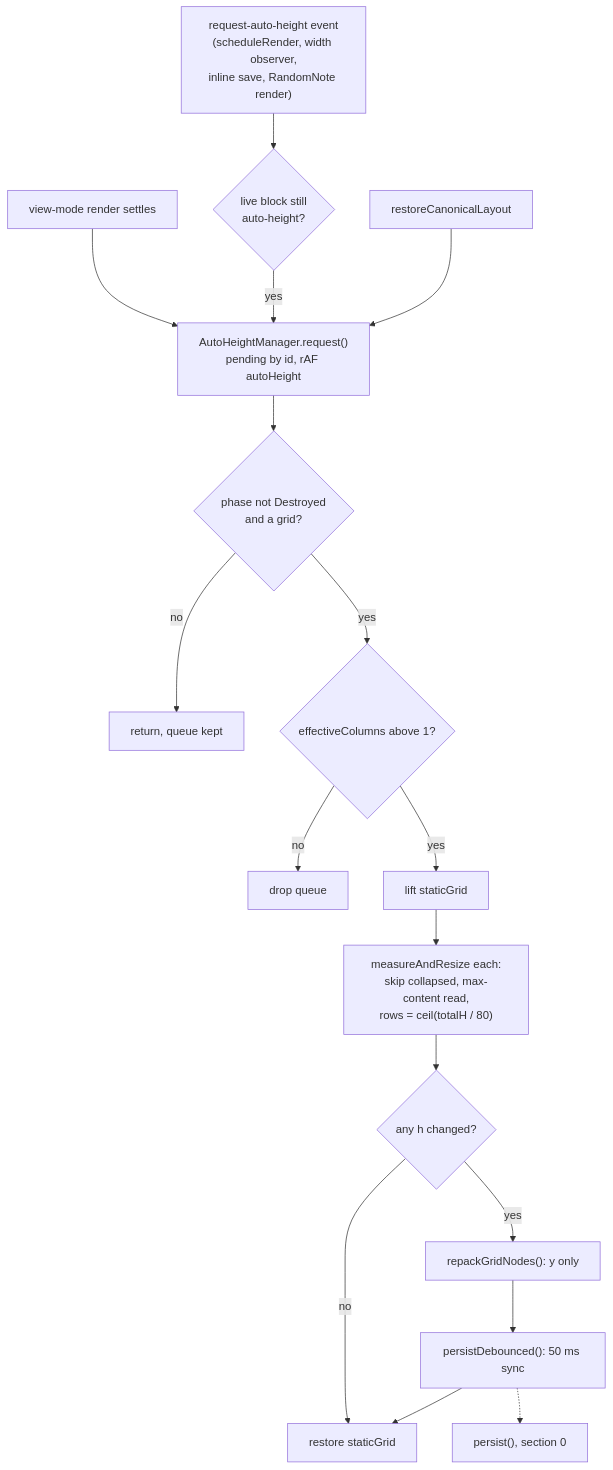
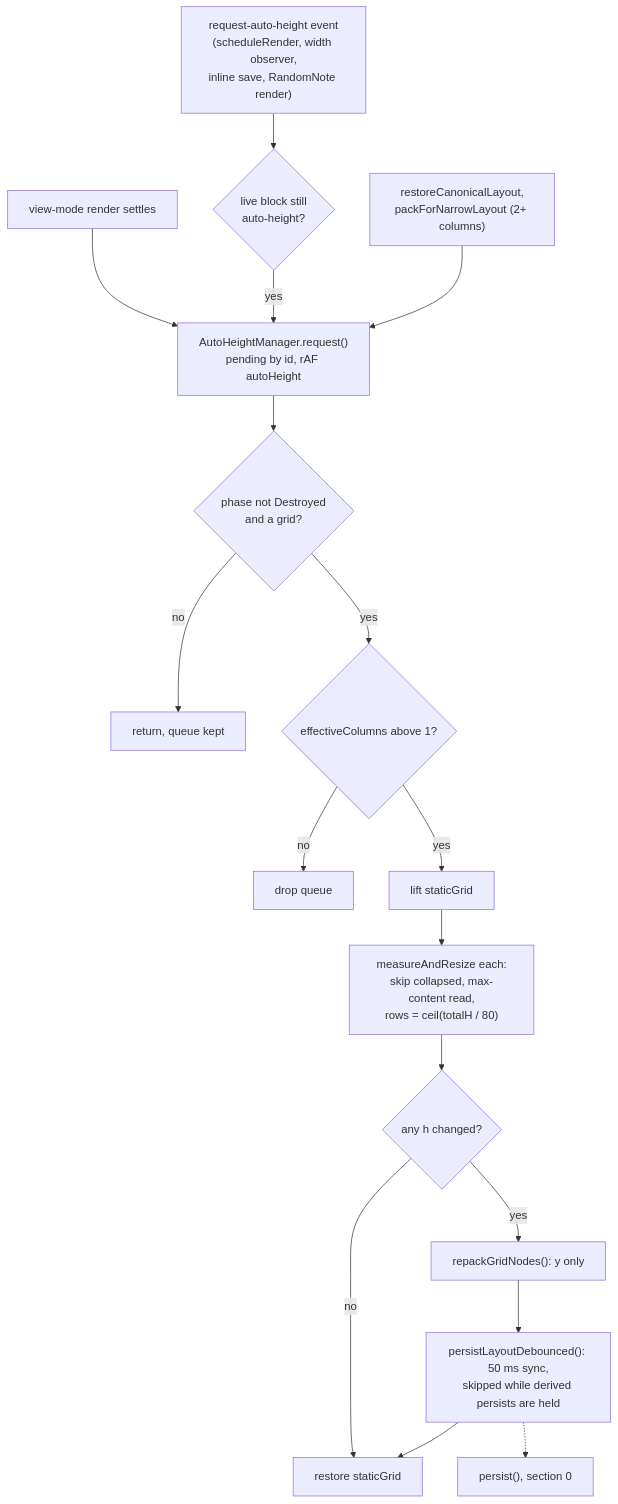
One commit to acaprino/obsidian-plugin-homepage changed the tenth of 15 diagrams in docs/flows.md. Above: the diagram before and after it, drawn with Mermaid. The commit also changed other lines of this file and 10 other files, not shown here.

````diff
--- a/docs/flows.md
+++ b/docs/flows.md
@@ -593,19 +616,19 @@
 ```mermaid
 flowchart TD
   R1["view-mode render settles"] --> Q["AutoHeightManager.request()<br/>pending by id, rAF autoHeight"]
   R2["request-auto-height event<br/>(scheduleRender, width observer,<br/>inline save, RandomNote render)"] --> L{"live block still<br/>auto-height?"}
   L -- "yes" --> Q
-  R3["restoreCanonicalLayout"] --> Q
+  R3["restoreCanonicalLayout,<br/>packForNarrowLayout (2+ columns)"] --> Q
   Q --> B0{"phase not Destroyed<br/>and a grid?"}
   B0 -- "no" --> Z0["return, queue kept"]
   B0 -- "yes" --> B{"effectiveColumns above 1?"}
   B -- "no" --> Z["drop queue"]
   B -- "yes" --> S["lift staticGrid"]
   S --> M["measureAndResize each:<br/>skip collapsed, max-content read,<br/>rows = ceil(totalH / 80)"]
   M --> C{"any h changed?"}
   C -- "no" --> F["restore staticGrid"]
   C -- "yes" --> RP["repackGridNodes(): y only"]
-  RP --> PD["persistDebounced(): 50 ms sync"]
+  RP --> PD["persistLayoutDebounced(): 50 ms sync,<br/>skipped while derived persists are held"]
   PD --> F
   PD -.-> PS["persist(), section 0"]
 ```
````
